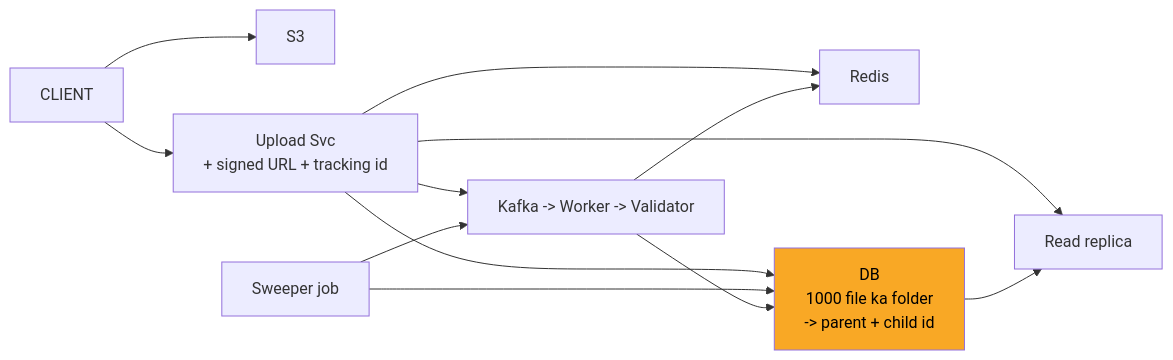
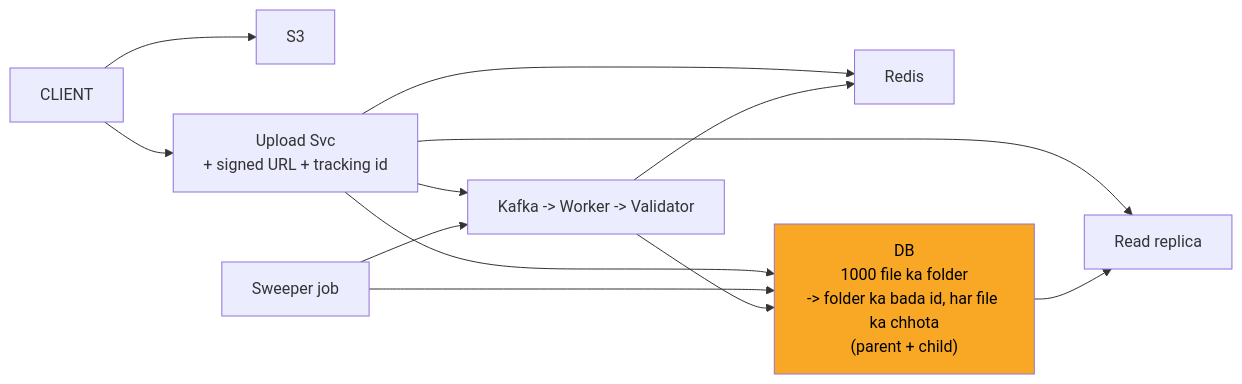
Before and after one commit to ArpanMaheshwari144/Prep: the seventh of 11 diagrams in 04_HLD/SYSTEM_DESIGNS/07_file_upload_validate_system/07_file_upload_INTERVIEW.md, drawn with Mermaid. The commit also changed other lines of this file and 13 other files, not shown here.

````diff
--- a/04_HLD/SYSTEM_DESIGNS/07_file_upload_validate_system/07_file_upload_INTERVIEW.md
+++ b/04_HLD/SYSTEM_DESIGNS/07_file_upload_validate_system/07_file_upload_INTERVIEW.md
@@ -271,23 +271,23 @@
 ```mermaid
 flowchart LR
     n_CLIENT["CLIENT"]
     n_S3["S3"]
     n_Upload_Svc["Upload Svc<br/>+ signed URL + tracking id"]
     n_Redis["Redis"]
-    n_DB["DB<br/>1000 file ka folder<br/>-> parent + child id"]
+    n_DB["DB<br/>1000 file ka folder<br/>-> folder ka bada id, har file ka chhota<br/>(parent + child)"]
     n_Read_replica["Read replica"]
     n_Sweeper_job["Sweeper job"]
     n_CHAIN["Kafka -> Worker -> Validator"]
     n_CLIENT --> n_S3
     n_CLIENT --> n_Upload_Svc
     n_Upload_Svc --> n_Redis
     n_Upload_Svc --> n_DB
     n_Upload_Svc --> n_Read_replica
     n_DB --> n_Read_replica
     n_Upload_Svc --> n_CHAIN
     n_Sweeper_job --> n_DB
     n_Sweeper_job --> n_CHAIN
     n_CHAIN --> n_DB
     n_CHAIN --> n_Redis
     style n_DB fill:#f9a825,color:#000
 ```
````
